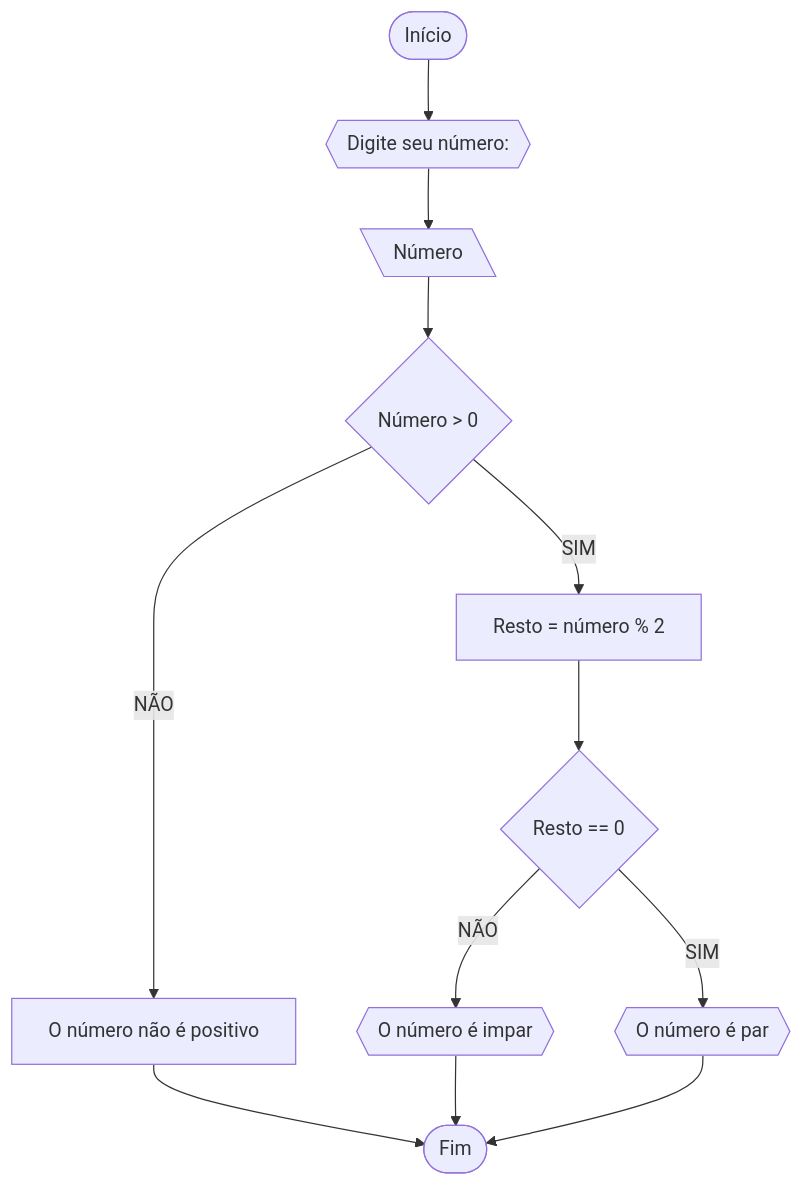
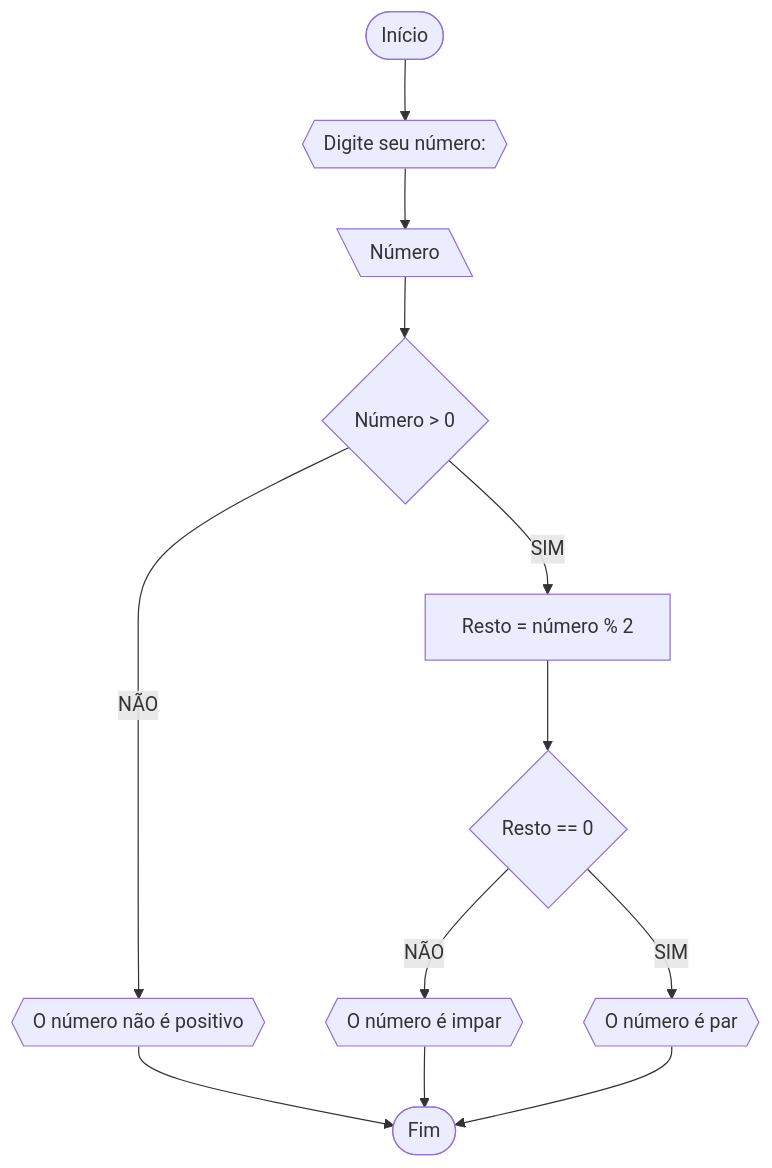
Before and after one commit to Jandih/Unifor: the third of 4 diagrams in RLA/lista_exercicio_1.md, drawn with Mermaid. The commit also changed other lines of this file, not shown here.

`````diff
--- a/RLA/lista_exercicio_1.md
+++ b/RLA/lista_exercicio_1.md
@@ -66,14 +68,14 @@
 ````mermaid
 flowchart TD
 A([Início]) --> B{{Digite seu número:}}
 B --> C[\Número\]
 C --> D{Número > 0}
-D --NÃO--> E[O número não é positivo]
+D --NÃO--> E{{O número não é positivo}}
 D --SIM--> F[Resto = número % 2]
 E --> Z([Fim])
 F --> G{Resto == 0}
 G --NÃO--> H{{O número é impar}}
 G --SIM--> I{{O número é par}}
 H --> Z
 I --> Z
 ````
`````
